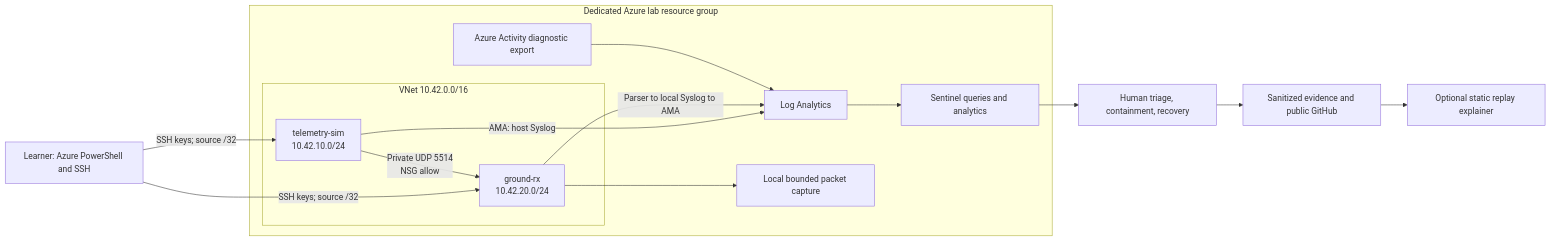
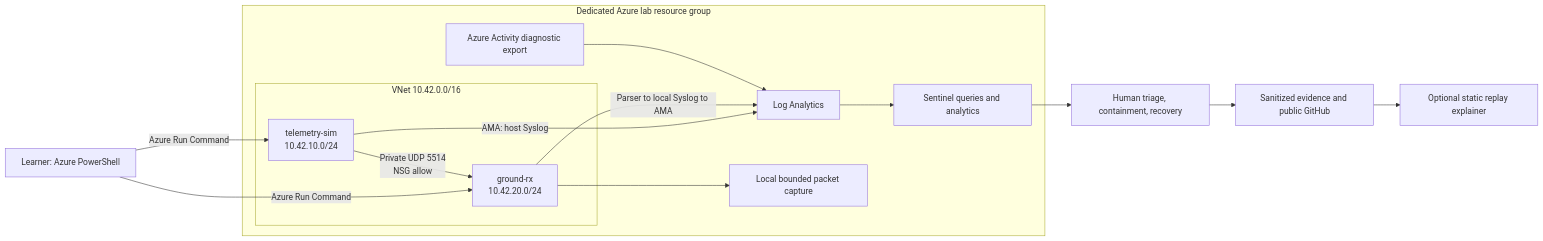
Before and after one commit to cooke-labs/ground-station-lab: the diagram in docs/architecture.md, drawn with Mermaid. The commit also changed other lines of this file and 9 other files, not shown here.

````diff
--- a/docs/architecture.md
+++ b/docs/architecture.md
@@ -7,18 +7,18 @@
 ```mermaid
 flowchart LR
-    U["Learner: Azure PowerShell and SSH"] -->|"SSH keys; source /32"| S
-    U -->|"SSH keys; source /32"| G
+    U["Learner: Azure PowerShell"] -->|"Azure Run Command"| S
+    U -->|"Azure Run Command"| G
     subgraph Azure["Dedicated Azure lab resource group"]
       subgraph VNet["VNet 10.42.0.0/16"]
         S["telemetry-sim\n10.42.10.0/24"] -->|"Private UDP 5514\nNSG allow"| G["ground-rx\n10.42.20.0/24"]
       end
       S -->|"AMA: host Syslog"| L["Log Analytics"]
       G -->|"Parser to local Syslog to AMA"| L
       G --> P["Local bounded packet capture"]
       A["Azure Activity diagnostic export"] --> L
       L --> M["Sentinel queries and analytics"]
     end
     M --> H["Human triage, containment, recovery"]
     H --> E["Sanitized evidence and public GitHub"]
     E --> W["Optional static replay explainer"]
 ```
````
